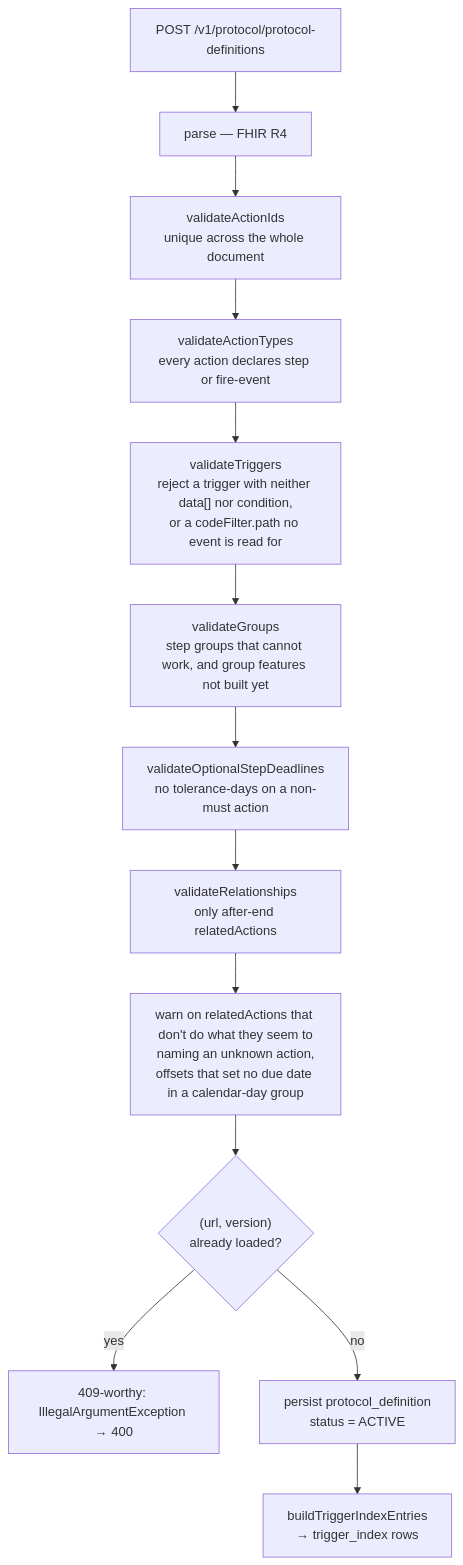
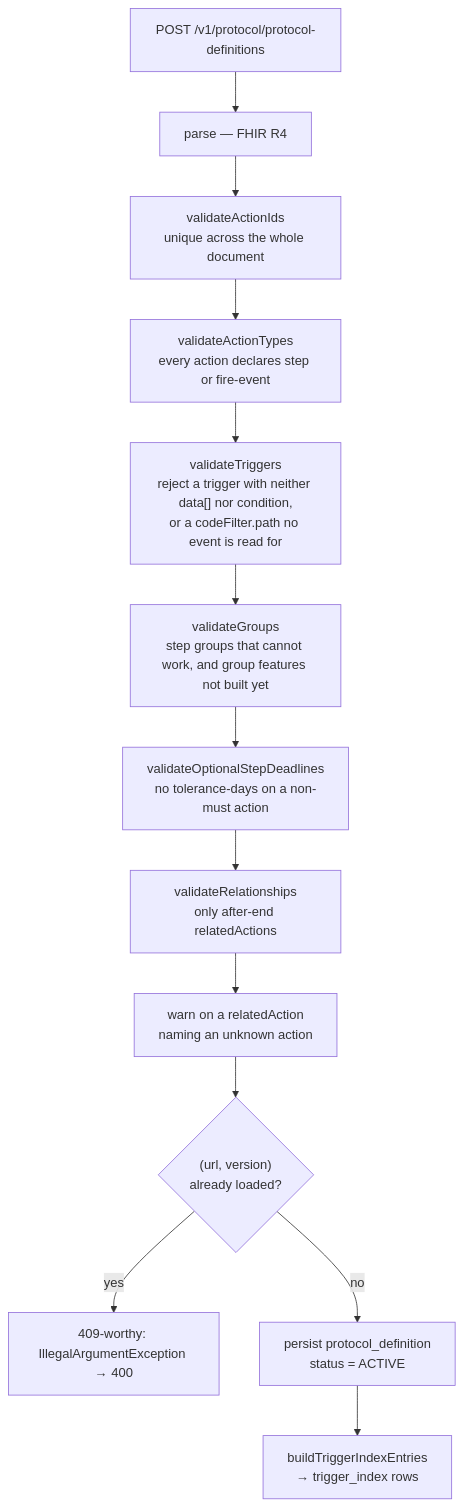
The diagram in docs/architecture-overview.md (Jayaprakash8887/cce-protocol-service), drawn with Mermaid before and after one commit. The commit also changed other lines of this file and 3 other files, not shown here.

First line of the commit message:
CCE-135: drop the calendar-day offset warning at load

````diff
--- a/docs/architecture-overview.md
+++ b/docs/architecture-overview.md
@@ -42,15 +42,15 @@
 ```mermaid
 flowchart TD
     A["POST /v1/protocol/protocol-definitions"] --> B["parse — FHIR R4"]
     B --> C["validateActionIds<br/>unique across the whole document"]
     C --> D["validateActionTypes<br/>every action declares step or fire-event"]
     D --> E["validateTriggers<br/>reject a trigger with neither data[] nor condition,<br/>or a codeFilter.path no event is read for"]
     E --> EG["validateGroups<br/>step groups that cannot work, and group features not built yet"]
     EG --> E2["validateOptionalStepDeadlines<br/>no tolerance-days on a non-must action"]
     E2 --> E3["validateRelationships<br/>only after-end relatedActions"]
-    E3 --> F["warn on relatedActions that don't do what they seem to<br/>naming an unknown action,<br/>offsets that set no due date in a calendar-day group"]
+    E3 --> F["warn on a relatedAction<br/>naming an unknown action"]
     F --> G{"(url, version)<br/>already loaded?"}
     G -->|yes| H["409-worthy: IllegalArgumentException → 400"]
     G -->|no| I["persist protocol_definition<br/>status = ACTIVE"]
     I --> J["buildTriggerIndexEntries<br/>→ trigger_index rows"]
 ```
````
